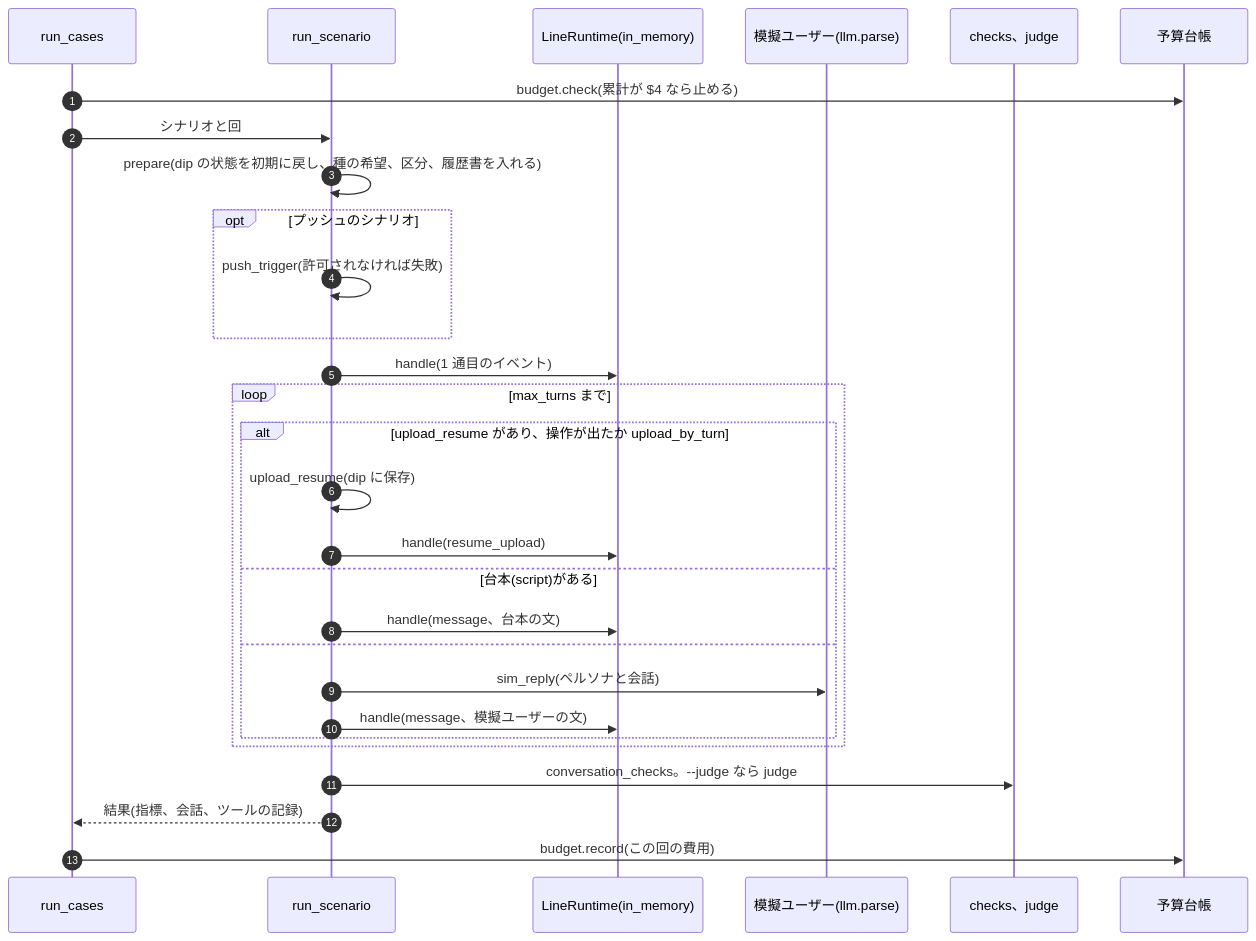
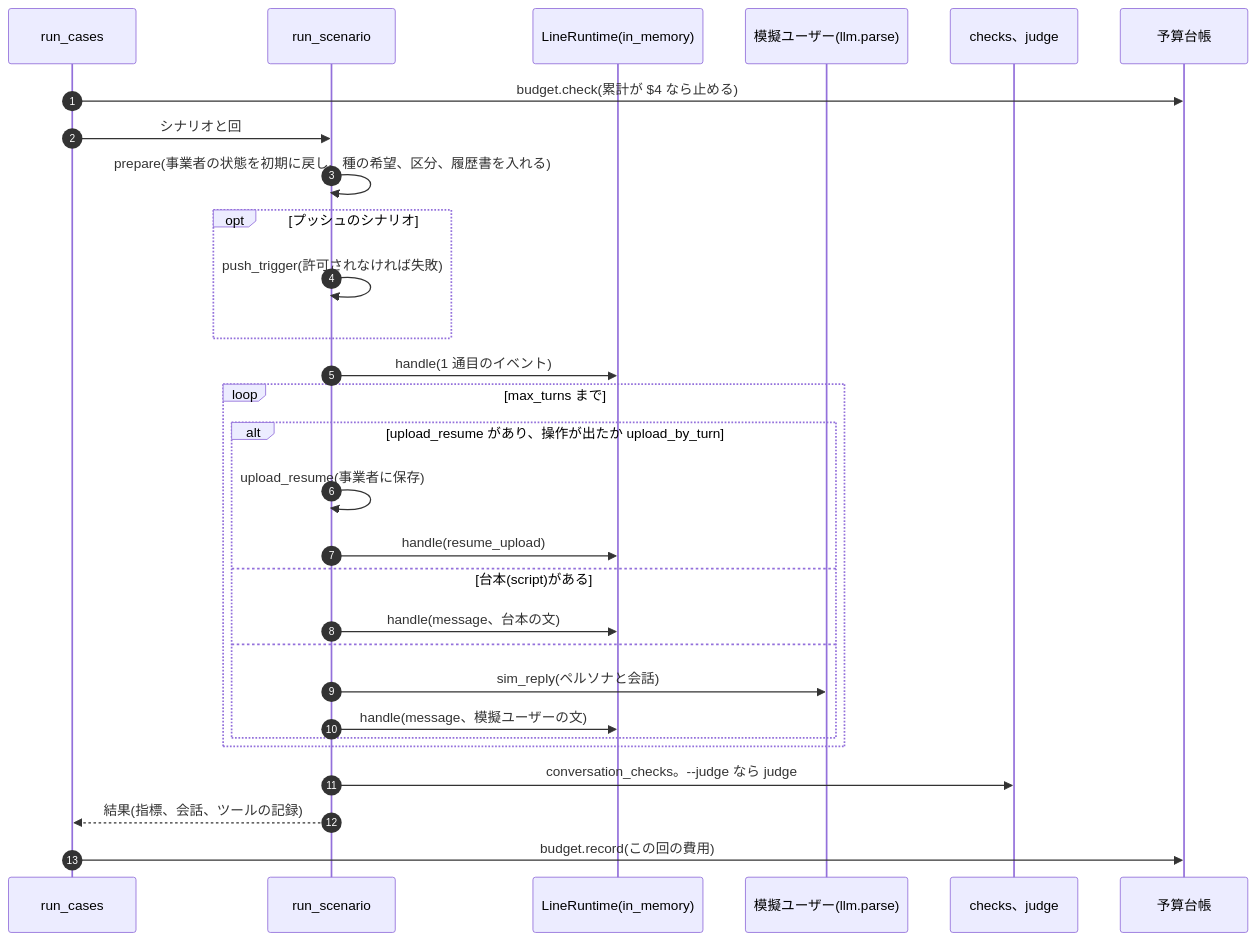
Before and after one commit to jyoka/aica: diagram 11 of 12 in docs/architecture/lld.md, drawn with Mermaid. The commit also changed other lines of this file and 51 other files, not shown here.

````diff
--- a/docs/architecture/lld.md
+++ b/docs/architecture/lld.md
@@ -1231,32 +1231,32 @@
 ```mermaid
 sequenceDiagram
     autonumber
     participant H as run_cases
     participant X as run_scenario
     participant R as LineRuntime(in_memory)
     participant M as 模擬ユーザー(llm.parse)
     participant C as checks、judge
     participant B as 予算台帳
 
     H->>B: budget.check(累計が $4 なら止める)
     H->>X: シナリオと回
-    X->>X: prepare(dip の状態を初期に戻し、種の希望、区分、履歴書を入れる)
+    X->>X: prepare(事業者の状態を初期に戻し、種の希望、区分、履歴書を入れる)
     opt プッシュのシナリオ
         X->>X: push_trigger(許可されなければ失敗)
     end
     X->>R: handle(1 通目のイベント)
     loop max_turns まで
         alt upload_resume があり、操作が出たか upload_by_turn
-            X->>X: upload_resume(dip に保存)
+            X->>X: upload_resume(事業者に保存)
             X->>R: handle(resume_upload)
         else 台本(script)がある
             X->>R: handle(message、台本の文)
         else
             X->>M: sim_reply(ペルソナと会話)
             X->>R: handle(message、模擬ユーザーの文)
         end
     end
     X->>C: conversation_checks。--judge なら judge
     X-->>H: 結果(指標、会話、ツールの記録)
     H->>B: budget.record(この回の費用)
 ```
````
